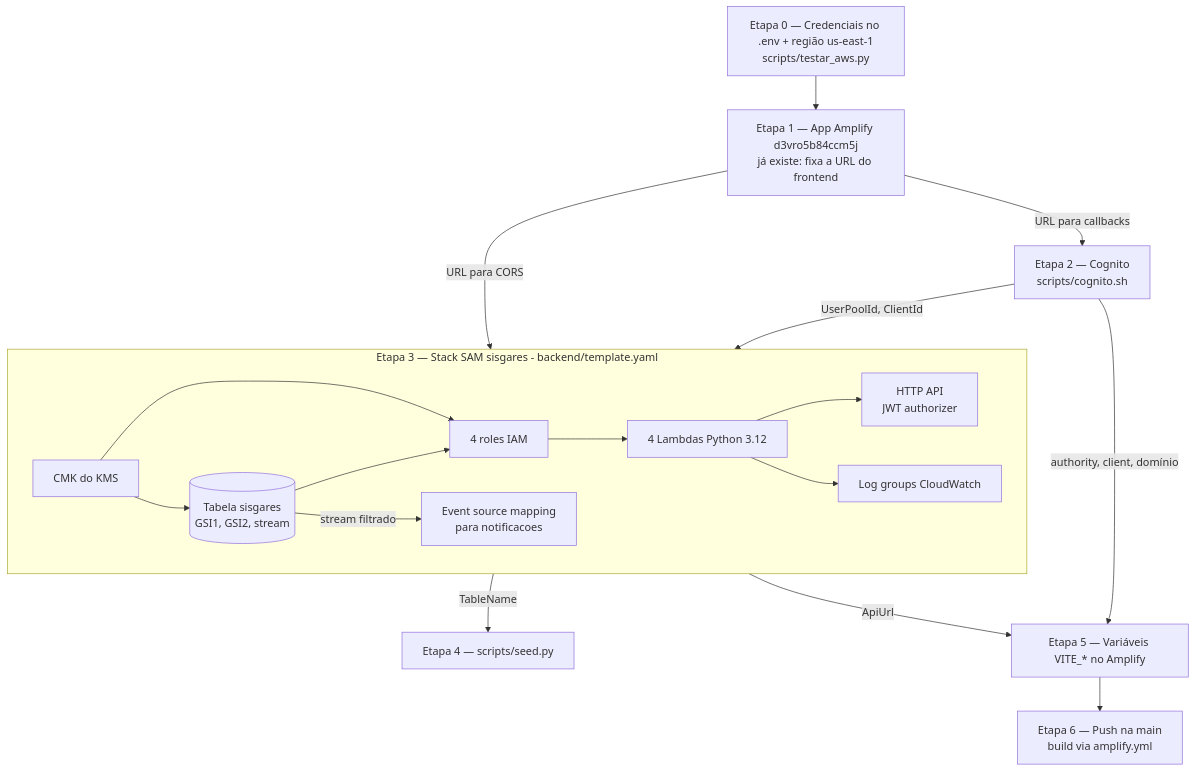
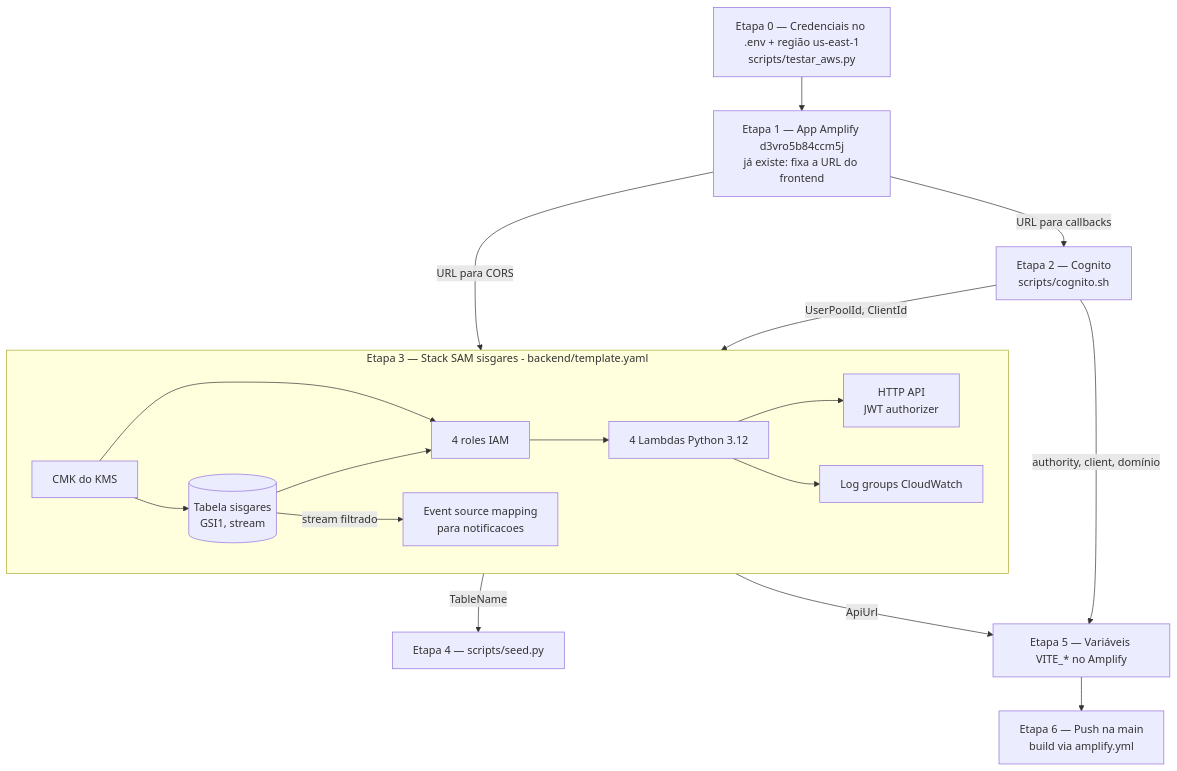
One commit to tcvieira/siads-hackathon-recursos changed the second of 2 diagrams in .kiro/specs/sisgares-mvp/design.md. Above: the diagram before and after it, drawn with Mermaid. The commit also changed other lines of this file and 2 other files, not shown here.

````diff
--- a/.kiro/specs/sisgares-mvp/design.md
+++ b/.kiro/specs/sisgares-mvp/design.md
@@ -201,20 +226,20 @@
 ```mermaid
 flowchart TD
   subgraph S[Etapa 3 — Stack SAM sisgares - backend/template.yaml]
-    K[CMK do KMS] --> T[(Tabela sisgares<br/>GSI1, GSI2, stream)]
+    K[CMK do KMS] --> T[(Tabela sisgares<br/>GSI1, stream)]
     K --> R[4 roles IAM]
     T --> R
     R --> F[4 Lambdas Python 3.12]
     F --> H[HTTP API<br/>JWT authorizer]
     T -->|stream filtrado| E[Event source mapping<br/>para notificacoes]
     F --> LG[Log groups CloudWatch]
   end
   P0[Etapa 0 — Credenciais no .env + região us-east-1<br/>scripts/testar_aws.py] --> A[Etapa 1 — App Amplify d3vro5b84ccm5j<br/>já existe: fixa a URL do frontend]
   A -->|URL para callbacks| C[Etapa 2 — Cognito<br/>scripts/cognito.sh]
   C -->|UserPoolId, ClientId| S
   A -->|URL para CORS| S
   S -->|TableName| SD[Etapa 4 — scripts/seed.py]
   S -->|ApiUrl| V[Etapa 5 — Variáveis VITE_* no Amplify]
   C -->|authority, client, domínio| V
   V --> D[Etapa 6 — Push na main<br/>build via amplify.yml]
 ```
````
